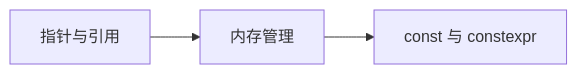
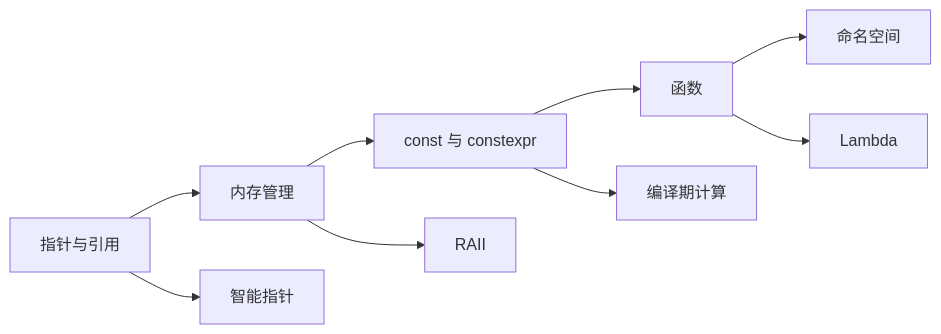
The diagram in vuepress-hope/langs/cpp/02-core-concepts/README.md (Azure12355/weilanx-guide), drawn with Mermaid before and after one commit. The commit also changed other lines of this file and 1 other file, not shown here.

````diff
--- a/vuepress-hope/langs/cpp/02-core-concepts/README.md
+++ b/vuepress-hope/langs/cpp/02-core-concepts/README.md
@@ -36,5 +50,12 @@
 ```mermaid
 flowchart LR
     A[指针与引用] --> B[内存管理]
     B --> C[const 与 constexpr]
+    C --> D[函数]
+    D --> E[命名空间]
+
+    A --> A1[智能指针]
+    B --> B1[RAII]
+    C --> C1[编译期计算]
+    D --> D1[Lambda]
 ```
````
